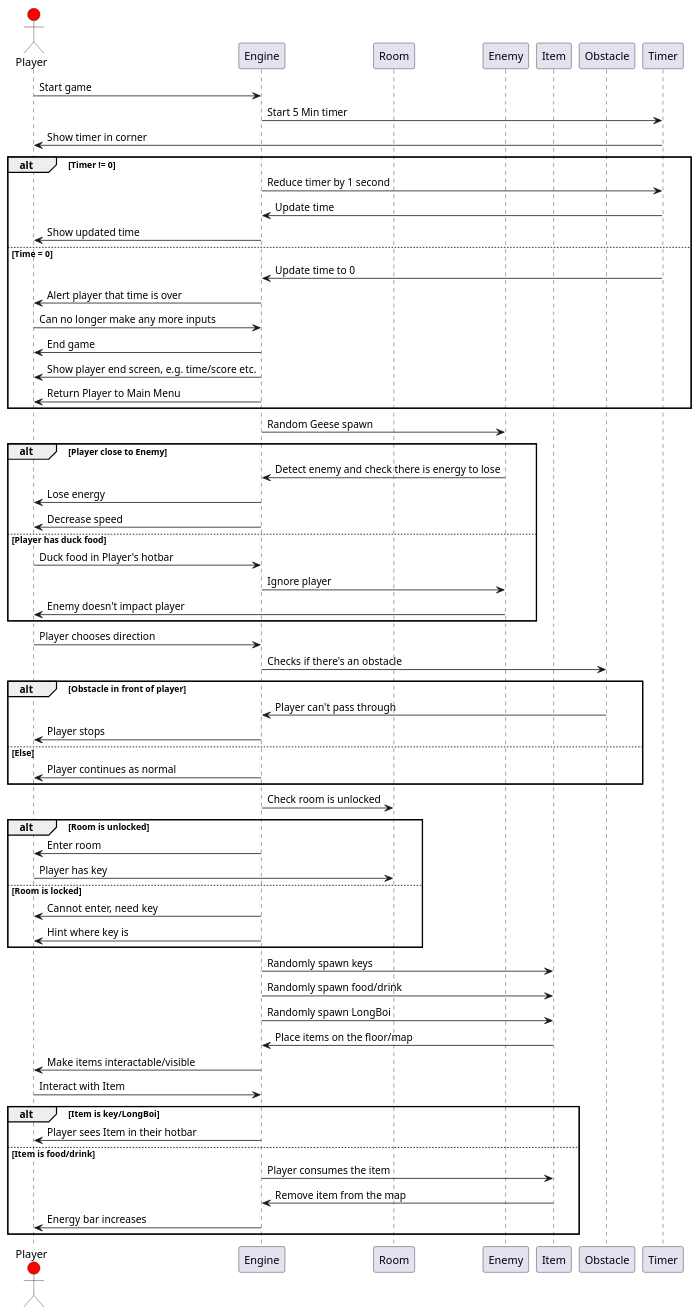
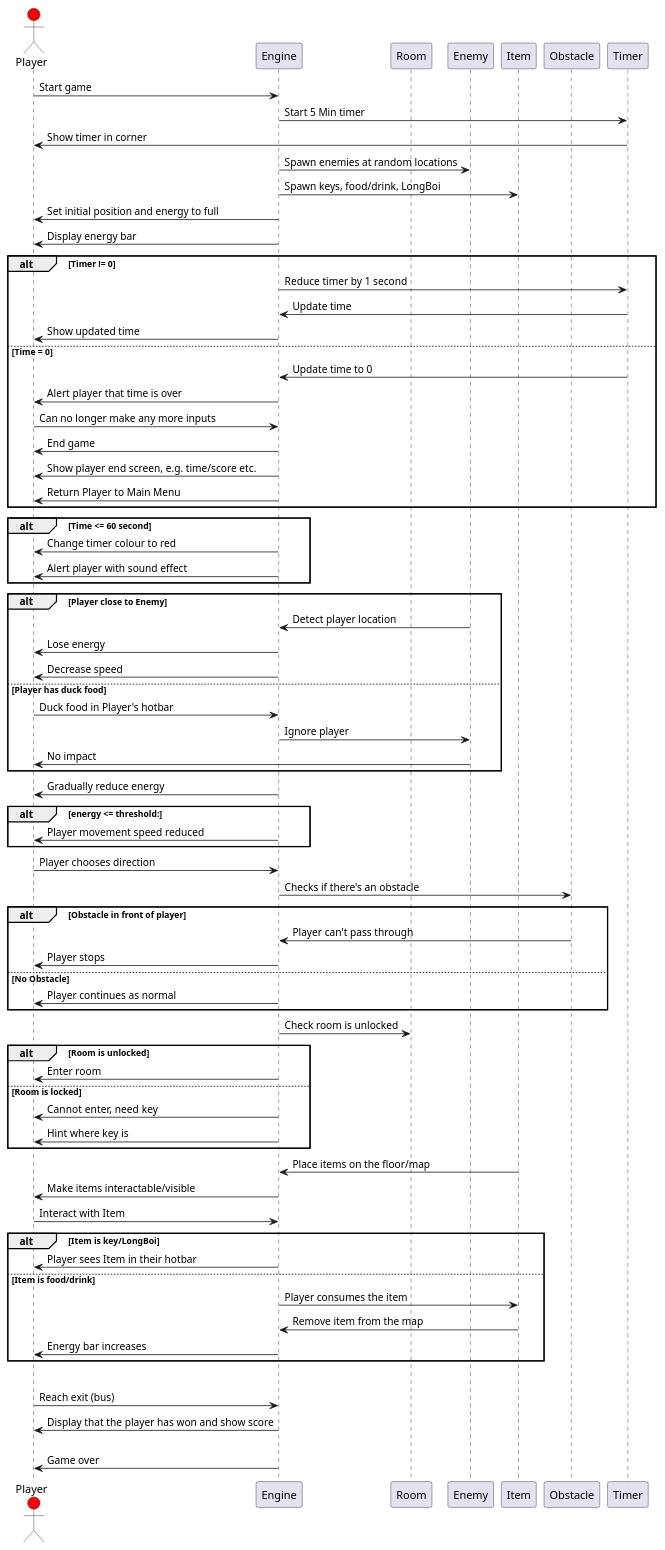
Before and after one commit to WHALES-ENG1/WHALES-Assets: the diagram in Architecture/structuralMain.puml, drawn with PlantUML. The commit also changed 2 other files, not shown here.

```diff
--- a/Architecture/structuralMain.puml
+++ b/Architecture/structuralMain.puml
@@ -1,130 +1,142 @@
 @startuml
 
-'init commit
-
-'will update to look neater - starting vague diagram'
 'separate diagram for main menu? i.e. settings leaderboard'
 
 'participants: player, room, engine, goose'
 'sequence diagram - mainly decisions'
 
 actor Player #Red
 participant Engine
 participant Room
 participant Enemy
 participant Item
 participant Obstacle
 participant Timer
 
 
 'start of the game'
 
 Player -> Engine: Start game
 Engine -> Timer: Start 5 Min timer
 Timer -> Player: Show timer in corner
+
+
+'creation of the maze
+
+Engine -> Enemy: Spawn enemies at random locations
+Engine -> Item: Spawn keys, food/drink, LongBoi
+Engine -> Player: Set initial position and energy to full
+Engine -> Player: Display energy bar
 
 
 'timer:'
 
 alt Timer != 0
     Engine -> Timer: Reduce timer by 1 second
     Timer -> Engine: Update time
     Engine -> Player: Show updated time
 
 else Time = 0
 
     'make more detailed - i.e if the player has won or not:'
     'also add colour changes for important times, e.g. 1 min left'
 
     Timer -> Engine: Update time to 0
     Engine -> Player: Alert player that time is over
     Player -> Engine: Can no longer make any more inputs
     Engine -> Player: End game
     Engine -> Player: Show player end screen, e.g. time/score etc.
     Engine -> Player: Return Player to Main Menu
 
 end
 
+alt Time <= 60 second
+    Engine -> Player: Change timer colour to red
+    Engine -> Player: Alert player with sound effect
+
+end
+
 
 'goose (enemy):'
 
-Engine -> Enemy: Random Geese spawn
-
 alt Player close to Enemy
-    Enemy -> Engine: Detect enemy and check there is energy to lose
+    Enemy -> Engine: Detect player location
     Engine -> Player: Lose energy
     Engine -> Player: Decrease speed
 
 else Player has duck food
     Player -> Engine: Duck food in Player's hotbar
     Engine -> Enemy: Ignore player
-    Enemy -> Player: Enemy doesn't impact player
+    Enemy -> Player: No impact
 
+end
+
+
+'energy system'
+
+Engine -> Player: Gradually reduce energy
+
+alt energy <= threshold:
+    Engine -> Player: Player movement speed reduced
 
 end
 
 
 'player movement:'
-'add input controls individually here'
 
 Player -> Engine: Player chooses direction
 Engine -> Obstacle: Checks if there's an obstacle
 
 alt Obstacle in front of player
     Obstacle -> Engine: Player can't pass through
     Engine -> Player: Player stops
 
-
-
-else Else
+else No Obstacle
     Engine -> Player: Player continues as normal
 
 end
 
 
+'rooms/doors
 
 Engine -> Room: Check room is unlocked
 
 alt Room is unlocked
     Engine -> Player: Enter room
-    Player -> Room: Player has key
 
 else Room is locked
     Engine -> Player: Cannot enter, need key
     Engine -> Player: Hint where key is
 
 end
 
 
 'items:'
 
-Engine -> Item: Randomly spawn keys
-Engine -> Item: Randomly spawn food/drink
-Engine -> Item: Randomly spawn LongBoi
 Item -> Engine: Place items on the floor/map
 Engine -> Player: Make items interactable/visible
 
 Player -> Engine: Interact with Item
 
 alt Item is key/LongBoi
     Engine -> Player: Player sees Item in their hotbar
 
 else Item is food/drink
     Engine -> Item: Player consumes the item
     Item -> Engine: Remove item from the map
     Engine -> Player: Energy bar increases
 
 end
 
 
 'player wins the game (longboi is returned and make the bus):'
 
-'if statement for if the player has longboi. If not, can't escape'
-'make link with timer, check it != 0'
+alt Player has LongBoi and Time != 0
+    Player -> Engine: Reach exit (bus)
+    Engine -> Player: Display that the player has won and show score
 
-
-
-'looping:'
+else Player doesn't have LongBoi or time = 0
+    Engine -> Player: Game over
 
 
 @enduml
```
